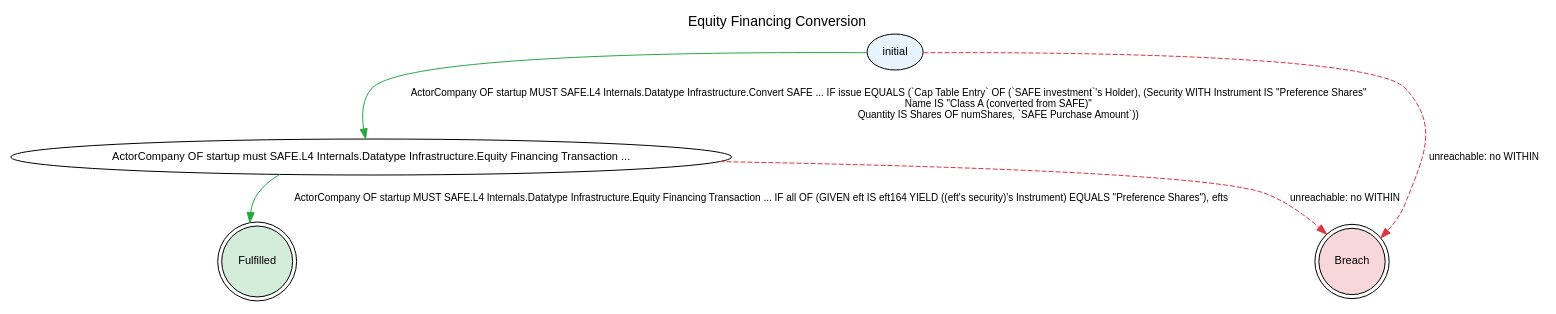
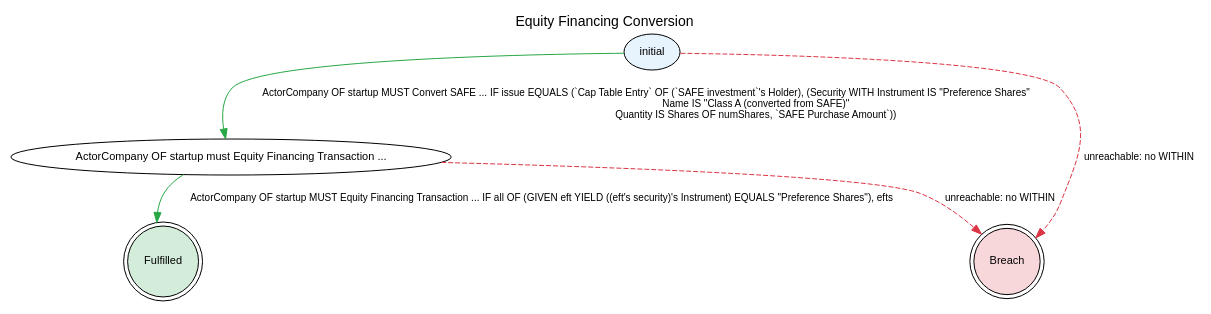
One commit to legalese/l4-ide changed the diagram in jl4/examples/state-graphs/EquityFinancingConversion.dot. Above: the diagram before and after it, drawn with Graphviz. The commit also changed 35 other files, not shown here.

First line of the commit message:
state-graphs: regenerate every diagram against unstable e2f4a71f (post #395/#399/#401/#407/#411/#412)

```diff
--- a/jl4/examples/state-graphs/EquityFinancingConversion.dot
+++ b/jl4/examples/state-graphs/EquityFinancingConversion.dot
@@ -1,43 +1,43 @@
 digraph {
     graph [rankdir=TB
           ,label="Equity Financing Conversion"
           ,labelloc=t
           ,fontname=Helvetica
           ,fontsize=14];
     node [fontname=Helvetica
          ,fontsize=11];
     edge [fontname=Helvetica
          ,fontsize=10];
     0 [label=initial
       ,fillcolor=white
       ,style=filled
       ,shape=ellipse
       ,fillcolor="#e8f4fd"];
-    1 [label="ActorCompany OF startup must SAFE.L4 Internals.Datatype Infrastructure.Equity Financing Transaction ..."
+    1 [label="ActorCompany OF startup must Equity Financing Transaction ..."
       ,fillcolor=white
       ,style=filled
       ,shape=ellipse
       ,fillcolor="#ffffff"];
     2 [label=Fulfilled
       ,fillcolor=white
       ,style=filled
       ,shape=doublecircle
       ,fillcolor="#d4edda"];
     3 [label=Breach
       ,fillcolor=white
       ,style=filled
       ,shape=doublecircle
       ,fillcolor="#f8d7da"];
-    0 -> 1 [label="ActorCompany OF startup MUST SAFE.L4 Internals.Datatype Infrastructure.Convert SAFE ... IF issue EQUALS (`Cap Table Entry` OF (`SAFE investment`'s Holder), (Security WITH Instrument IS \"Preference Shares\"\n                                                                                Name IS \"Class A (converted from SAFE)\"\n                                                                                Quantity IS Shares OF numShares, `SAFE Purchase Amount`))"
+    0 -> 1 [label="ActorCompany OF startup MUST Convert SAFE ... IF issue EQUALS (`Cap Table Entry` OF (`SAFE investment`'s Holder), (Security WITH Instrument IS \"Preference Shares\"\n                                                                                Name IS \"Class A (converted from SAFE)\"\n                                                                                Quantity IS Shares OF numShares, `SAFE Purchase Amount`))"
            ,color="#28a745"
            ,style=solid];
     0 -> 3 [label="unreachable: no WITHIN"
            ,color="#dc3545"
            ,style=dashed];
-    1 -> 2 [label="ActorCompany OF startup MUST SAFE.L4 Internals.Datatype Infrastructure.Equity Financing Transaction ... IF all OF (GIVEN eft IS eft164 YIELD ((eft's security)'s Instrument) EQUALS \"Preference Shares\"), efts"
+    1 -> 2 [label="ActorCompany OF startup MUST Equity Financing Transaction ... IF all OF (GIVEN eft YIELD ((eft's security)'s Instrument) EQUALS \"Preference Shares\"), efts"
            ,color="#28a745"
            ,style=solid];
     1 -> 3 [label="unreachable: no WITHIN"
            ,color="#dc3545"
            ,style=dashed];
 }
```
